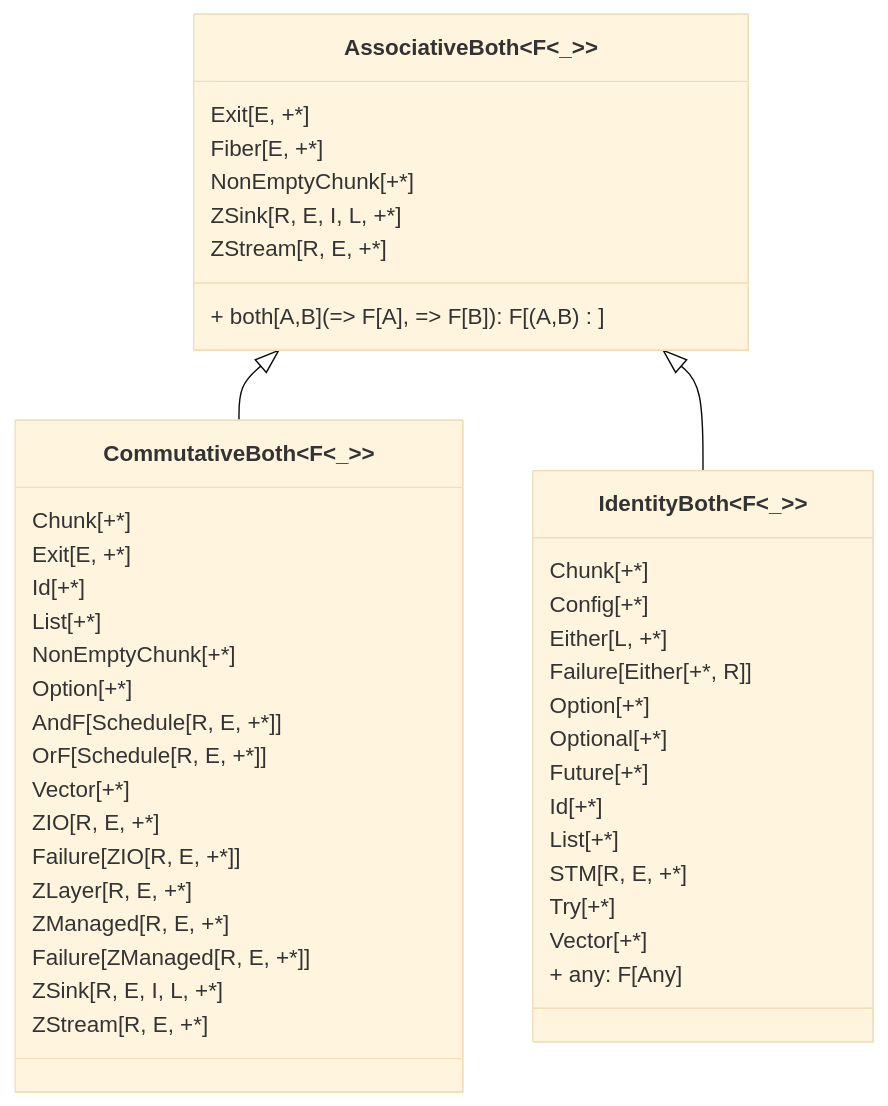
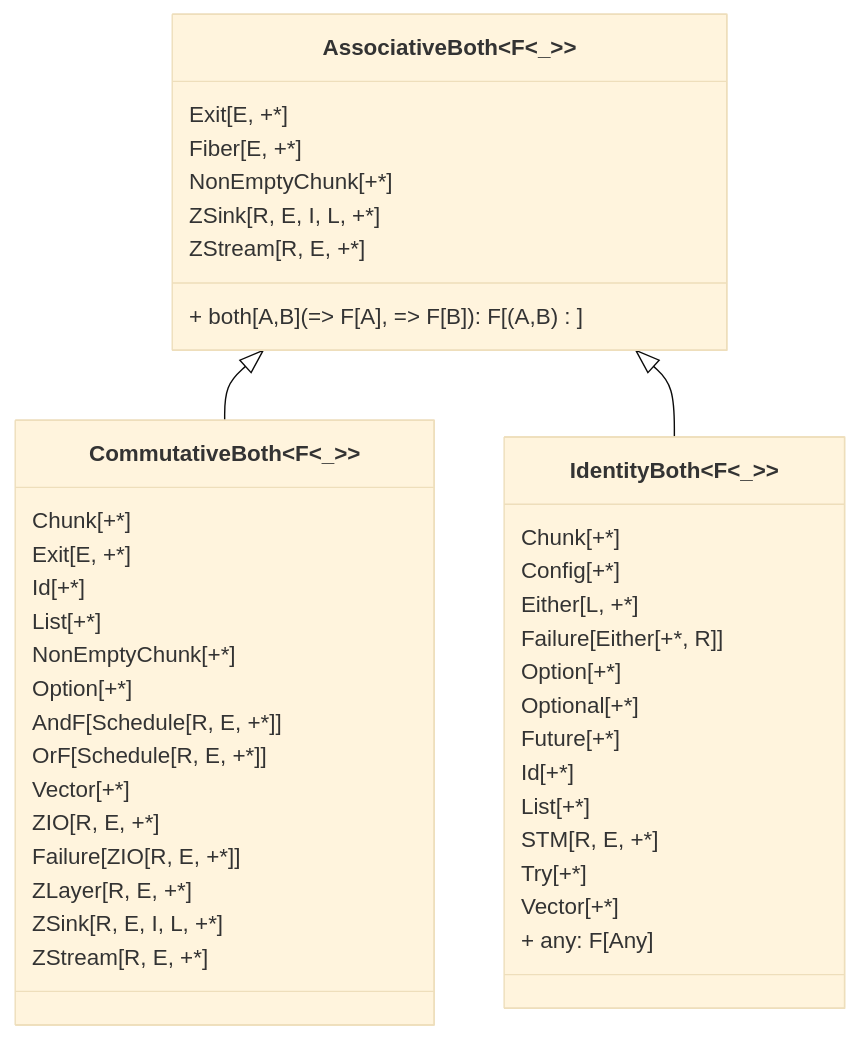
Before and after one commit to zio/zio-prelude: the third of 8 diagrams in docs/functional-abstractions/abstraction-diagrams.md, drawn with Mermaid (base theme). The commit also changed other lines of this file and 34 other files, not shown here.

````diff
--- a/docs/functional-abstractions/abstraction-diagrams.md
+++ b/docs/functional-abstractions/abstraction-diagrams.md
@@ -153,48 +153,46 @@
 ```mermaid
 classDiagram
   AssociativeBoth~F<_>~ <|-- CommutativeBoth~F<_>~
   AssociativeBoth~F<_>~ <|-- IdentityBoth~F<_>~
   class AssociativeBoth~F<_>~{
     Exit[E, +*]
     Fiber[E, +*]
     NonEmptyChunk[+*]
     ZSink[R, E, I, L, +*]
     ZStream[R, E, +*]
 
     + both[A,B](=> F[A], => F[B]): F[(A,B)]
   }
   class CommutativeBoth~F<_>~{
     Chunk[+*]
     Exit[E, +*]
     Id[+*]
     List[+*]
     NonEmptyChunk[+*]
     Option[+*]
     AndF[Schedule[R, E, +*]]
     OrF[Schedule[R, E, +*]]
     Vector[+*]
     ZIO[R, E, +*]
     Failure[ZIO[R, E, +*]]
     ZLayer[R, E, +*]
-    ZManaged[R, E, +*]
-    Failure[ZManaged[R, E, +*]]
     ZSink[R, E, I, L, +*]
     ZStream[R, E, +*]
   }
   class IdentityBoth~F<_>~{
     Chunk[+*]
     Config[+*]
     Either[L, +*]
     Failure[Either[+*, R]]
     Option[+*]
     Optional[+*]
     Future[+*]
     Id[+*]
     List[+*]
     STM[R, E, +*]
     Try[+*]
     Vector[+*]
 
     + any: F[Any]
   }
 ```
````
